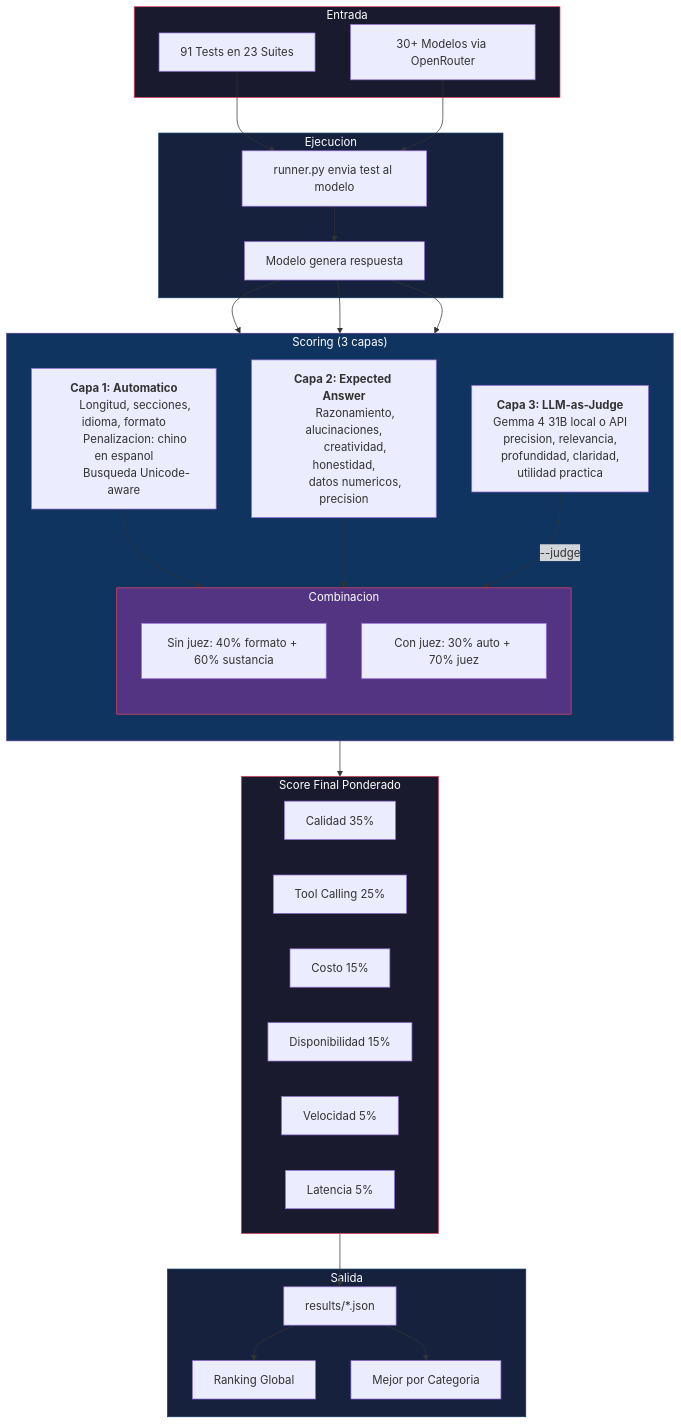
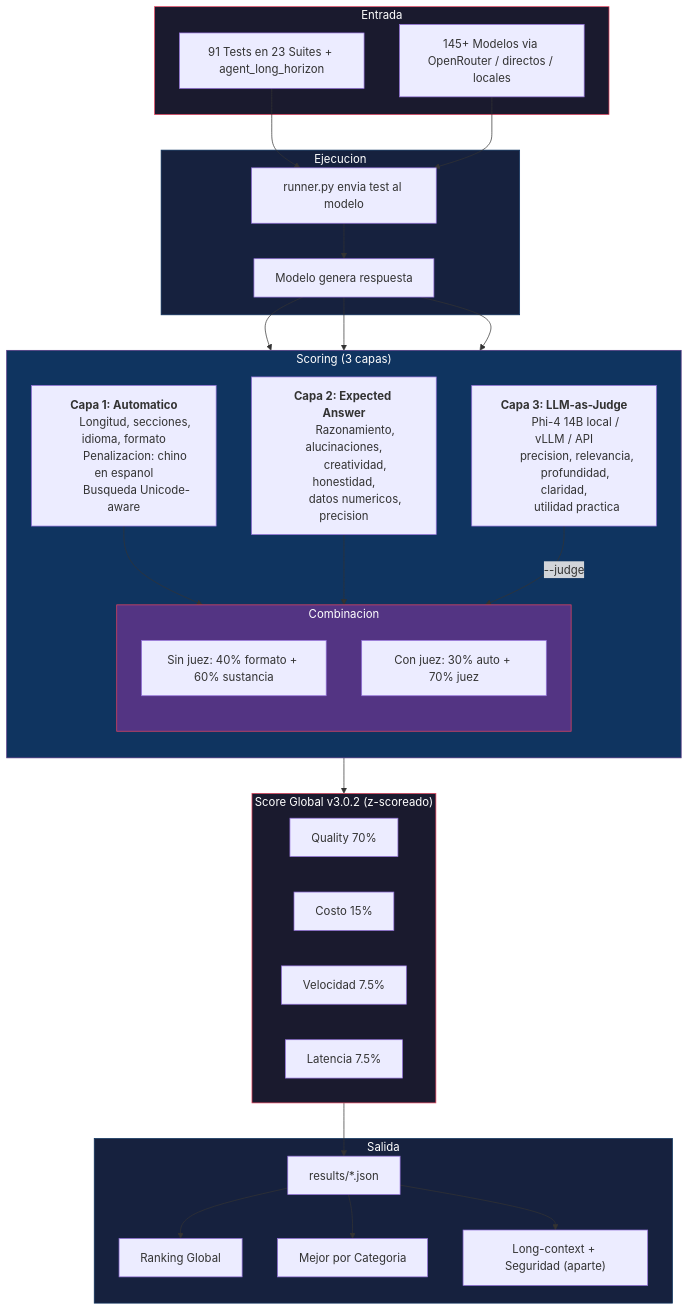
The diagram in README.md (ctala/ai-benchmarks-alternativos), drawn with Mermaid before and after one commit. The commit also changed other lines of this file and 2 other files, not shown here.

````diff
--- a/README.md
+++ b/README.md
@@ -196,75 +197,75 @@
 ```mermaid
 flowchart TD
     subgraph INPUT["Entrada"]
-        T["91 Tests en 23 Suites"]
-        M["30+ Modelos via OpenRouter"]
+        T["91 Tests en 23 Suites + agent_long_horizon"]
+        M["145+ Modelos via OpenRouter / directos / locales"]
     end
 
     subgraph EXEC["Ejecucion"]
         R["runner.py envia test al modelo"]
         RESP["Modelo genera respuesta"]
         R --> RESP
     end
 
     subgraph SCORING["Scoring (3 capas)"]
         direction TB
         S1["<b>Capa 1: Automatico</b>
         Longitud, secciones, idioma, formato
         Penalizacion: chino en espanol
         Busqueda Unicode-aware"]
 
         S2["<b>Capa 2: Expected Answer</b>
         Razonamiento, alucinaciones,
         creatividad, honestidad,
         datos numericos, precision"]
 
         S3["<b>Capa 3: LLM-as-Judge</b>
-        Gemma 4 31B local o API
+        Phi-4 14B local / vLLM / API
         precision, relevancia,
         profundidad, claridad,
         utilidad practica"]
 
         S1 --> COMBINE
         S2 --> COMBINE
         S3 -->|"--judge"| COMBINE
     end
 
     subgraph COMBINE["Combinacion"]
         direction TB
         NOJUDGE["Sin juez: 40% formato + 60% sustancia"]
         WITHJUDGE["Con juez: 30% auto + 70% juez"]
     end
 
-    subgraph METRICS["Score Final Ponderado"]
+    subgraph METRICS["Score Global v3.0.2 (z-scoreado)"]
         direction LR
-        Q["Calidad 35%"]
-        TC["Tool Calling 25%"]
+        Q["Quality 70%"]
         CO["Costo 15%"]
-        AV["Disponibilidad 15%"]
-        SP["Velocidad 5%"]
-        LA["Latencia 5%"]
+        SP["Velocidad 7.5%"]
+        LA["Latencia 7.5%"]
     end
 
     subgraph OUTPUT["Salida"]
         JSON["results/*.json"]
         RANK["Ranking Global"]
         CAT["Mejor por Categoria"]
+        LC["Long-context + Seguridad (aparte)"]
     end
 
     T --> R
     M --> R
     RESP --> S1
     RESP --> S2
     RESP --> S3
     COMBINE --> METRICS
     METRICS --> JSON
     JSON --> RANK
     JSON --> CAT
+    JSON --> LC
 
     style INPUT fill:#1a1a2e,stroke:#e94560,color:#fff
     style EXEC fill:#16213e,stroke:#0f3460,color:#fff
     style SCORING fill:#0f3460,stroke:#533483,color:#fff
     style COMBINE fill:#533483,stroke:#e94560,color:#fff
     style METRICS fill:#1a1a2e,stroke:#e94560,color:#fff
     style OUTPUT fill:#16213e,stroke:#0f3460,color:#fff
 ```
````
